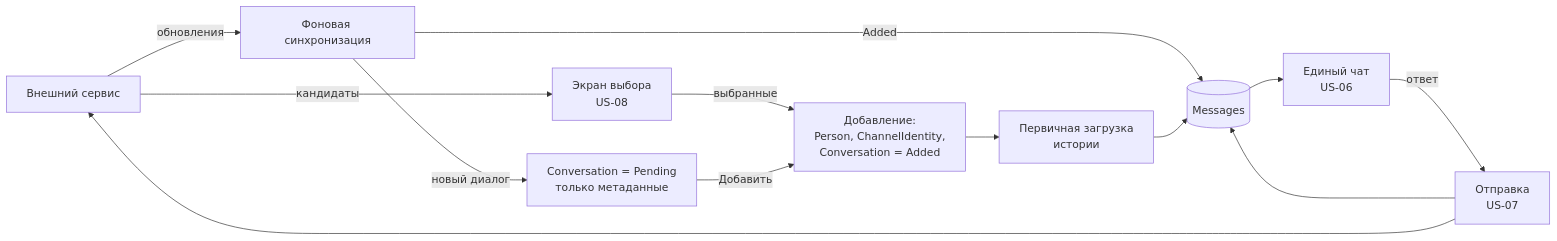
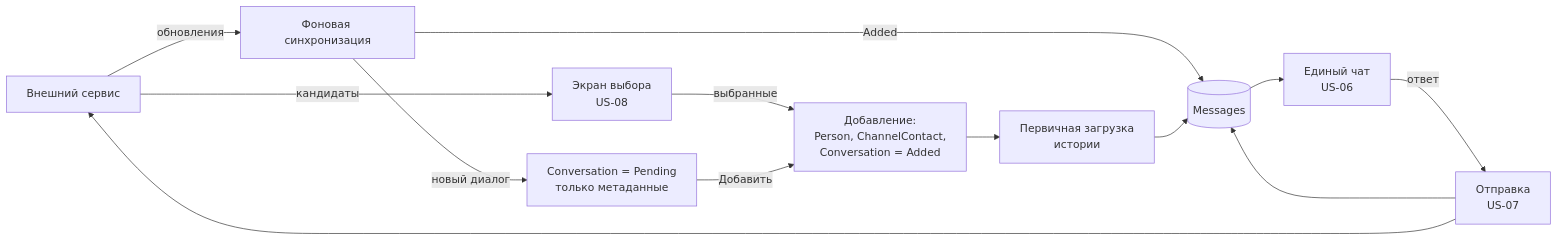
The fourth of 9 diagrams in docs/TZ_Local_Messenger_Hub.md (HRV220/MessageHub), drawn with Mermaid before and after one commit. The commit also changed other lines of this file and 11 other files, not shown here.

````diff
--- a/docs/TZ_Local_Messenger_Hub.md
+++ b/docs/TZ_Local_Messenger_Hub.md
@@ -859,15 +768,15 @@
 ```mermaid
 flowchart LR
     EXT["Внешний сервис"] -- "кандидаты" --> SEL["Экран выбора<br/>US-08"]
-    SEL -- "выбранные" --> ADD["Добавление:<br/>Person, ChannelIdentity,<br/>Conversation = Added"]
+    SEL -- "выбранные" --> ADD["Добавление:<br/>Person, ChannelContact,<br/>Conversation = Added"]
     ADD --> INIT["Первичная загрузка<br/>истории"]
     EXT -- "обновления" --> SYNC["Фоновая синхронизация"]
     SYNC -- "Added" --> MSG[("Messages")]
     SYNC -- "новый диалог" --> PEND["Conversation = Pending<br/>только метаданные"]
     PEND -- "Добавить" --> ADD
     INIT --> MSG
     MSG --> TL["Единый чат<br/>US-06"]
     TL -- "ответ" --> SEND["Отправка<br/>US-07"]
     SEND --> MSG
     SEND --> EXT
 ```
````
